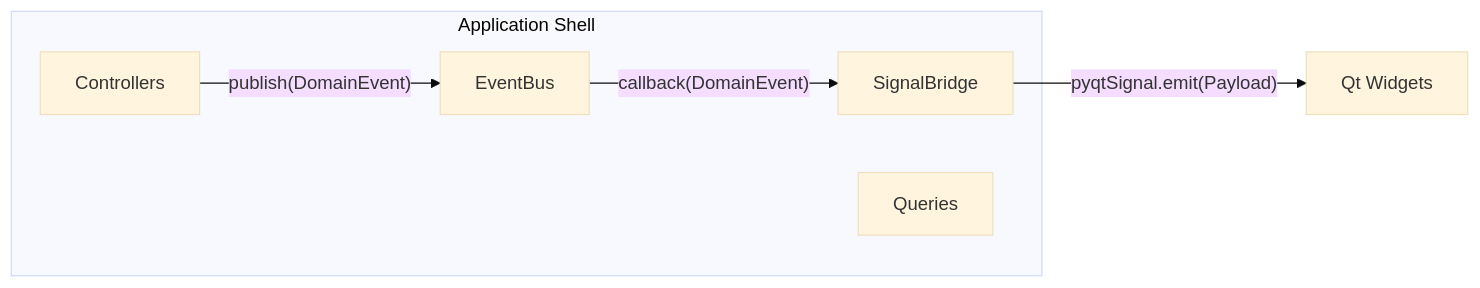
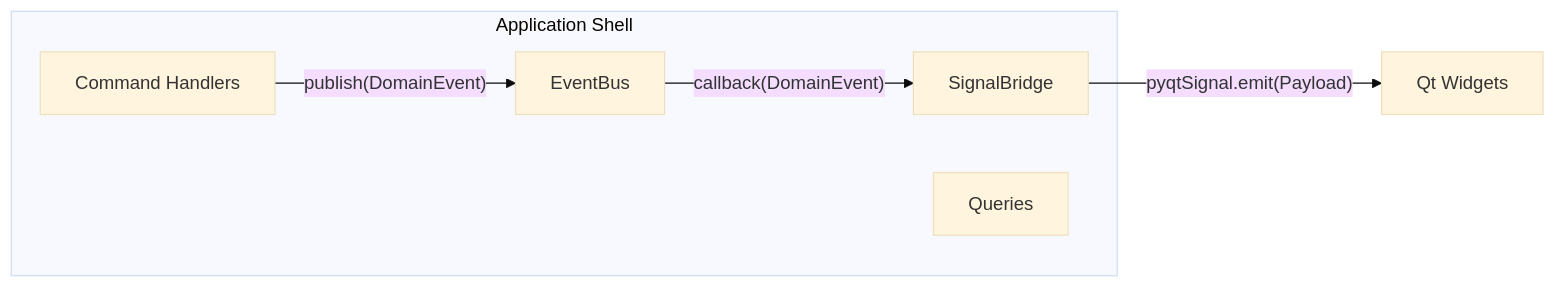
The fourth of 11 diagrams in docs/ARCHITECTURE.md (scope-impact/QualCoder-v2), drawn with Mermaid (base theme) before and after one commit. The commit also changed other lines of this file, not shown here.

First line of the commit message:
docs: expand event handling architecture with EventBus API, SignalBridge pattern, and domain events

````diff
--- a/docs/ARCHITECTURE.md
+++ b/docs/ARCHITECTURE.md
@@ -137,13 +137,13 @@
 ```mermaid
 graph LR
     subgraph Application Shell
         EB[EventBus]
         SB[SignalBridge]
-        CTRL[Controllers]
+        CTRL[Command Handlers]
         QRY[Queries]
     end
 
     CTRL -- "publish(DomainEvent)" --> EB
     EB -- "callback(DomainEvent)" --> SB
     SB -- "pyqtSignal.emit(Payload)" --> UI[Qt Widgets]
 ```
````
